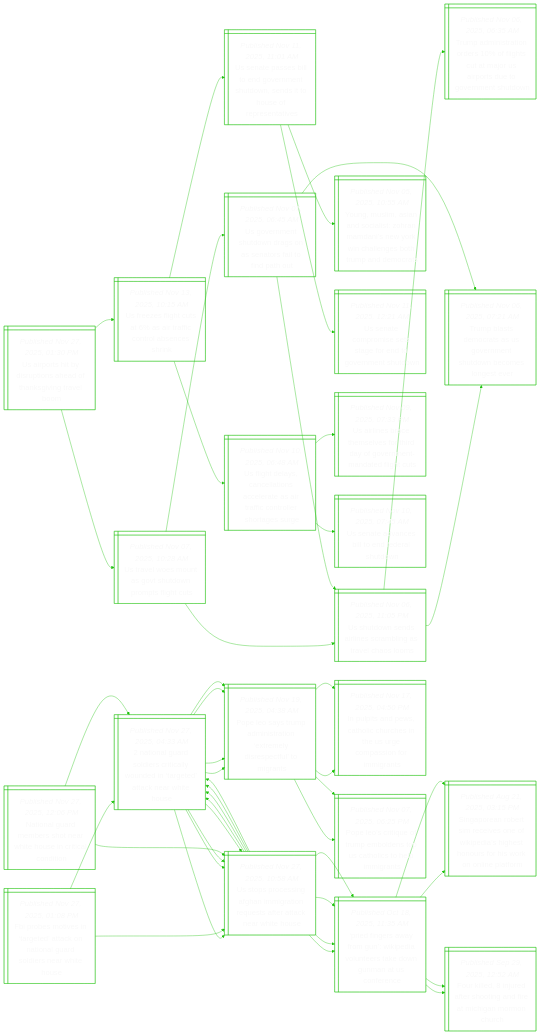
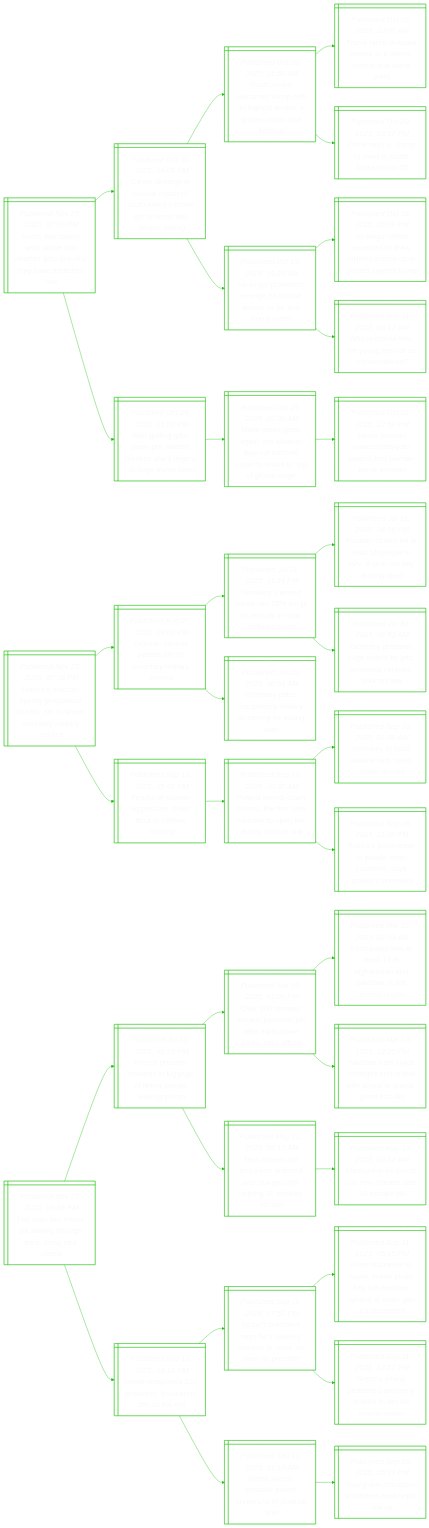
Before and after one commit to notJmes/notJmes: the diagram in README.md, drawn with Mermaid. The commit also changed other lines of this file, not shown here.

````diff
--- a/README.md
+++ b/README.md
@@ -16,142 +16,109 @@
 flowchart LR
 classDef txtsize font-size:20px;
 
-Uphdpsdaitl@{ shape: win-pane, label: "_Published Nov 27, 2025, 01:30 PM_
-Us airports hit by disruptions ahead of thanksgiving travel boom" }
-Uvenounpiu@{ shape: win-pane, label: "_Published Nov 07, 2025, 10:28 AM_
-Us travel woes mount as govt shutdown prompts flight cuts" }
-Utsanritlss@{ shape: win-pane, label: "_Published Nov 06, 2025, 11:05 PM_
-Us shutdown sends airlines scrambling as travel chaos looms" }
-TaitroguaSouomhw@{ shape: win-pane, label: "_Published Nov 06, 2025, 06:35 AM_
-Trump administration orders 10% of flights cut at major us airports due to government shutdown" }
-Tbscaomhwoot@{ shape: win-pane, label: "_Published Nov 06, 2025, 07:21 AM_
-Trump blasts democrats as us government shutdown becomes longest ever" }
-Uentdoerlnh@{ shape: win-pane, label: "_Published Nov 07, 2025, 06:45 AM_
-Us government shutdown drags on as senators fail to find path out" }
-Utsanritlss@{ shape: win-pane, label: "_Published Nov 06, 2025, 11:05 PM_
-Us shutdown sends airlines scrambling as travel chaos looms" }
-Tbscaomhwoot@{ shape: win-pane, label: "_Published Nov 06, 2025, 07:21 AM_
-Trump blasts democrats as us government shutdown becomes longest ever" }
-Uelctrfnacr@{ shape: win-pane, label: "_Published Nov 13, 2025, 10:15 AM_
-Us freezes flight cuts at 6% as air traffic control absences shrink" }
-UasieveunsHorte@{ shape: win-pane, label: "_Published Nov 11, 2025, 11:01 AM_
-Us senate passes bill to end government shutdown, sends it to house of representatives" }
-YMmnoihaiYilehpea@{ shape: win-pane, label: "_Published Nov 05, 2025, 10:55 AM_
-Young, muslim, asian and socialist: zohran mamdani’s new york win challenges both trump and democrats" }
-Uamitgegnso@{ shape: win-pane, label: "_Published Nov 11, 2025, 12:21 AM_
-Us senate compromise sets stage for end to government shutdown" }
-Uglalnetifolhgr@{ shape: win-pane, label: "_Published Nov 10, 2025, 06:48 AM_
-Us flight delays, cancellations accelerate as air traffic controller shortages surge" }
-Ulbtefiyvendhs@{ shape: win-pane, label: "_Published Nov 09, 2025, 07:33 PM_
-Us airlines brace themselves for third day of government-mandated flight cuts" }
-Uavstfat@{ shape: win-pane, label: "_Published Nov 10, 2025, 07:45 AM_
-Us senate advances bill to end federal shutdown" }
+Slkeottiopaed@{ shape: win-pane, label: "_Published Nov 27, 2025, 07:09 PM_
+Swiss lawmakers seek probe into whether gifts to trump may have breached law" }
+Crtruiphawtuslk@{ shape: win-pane, label: "_Published Oct 30, 2025, 04:05 PM_
+Clever strategy or cultural misstep? south korea’s crown gift to trump has people talking" }
+SKwmuthsrlrnc@{ shape: win-pane, label: "_Published Oct 29, 2025, 11:55 AM_
+South korea welcomes trump with its highest award, a golden crown and ketchup" }
+Tlilpaerse@{ shape: win-pane, label: "_Published Oct 26, 2025, 10:00 AM_
+Trump lands in kuala lumpur to a dance, cheers and some jeers" }
+Csipeoon@{ shape: win-pane, label: "_Published Oct 29, 2025, 03:17 PM_
+China says xi, trump to meet in south korea on oct 30" }
+NgtrrmasrTre@{ shape: win-pane, label: "_Published Oct 19, 2025, 03:25 AM_
+‘no kings’ protesters emerge en masse across us for anti-trump rallies" }
+NglxerlssneaT@{ shape: win-pane, label: "_Published Oct 18, 2025, 06:06 PM_
+‘no kings’ rallies expected to draw millions across us in protest against trump" }
+WCikoeUst@{ shape: win-pane, label: "_Published Sep 11, 2025, 06:17 AM_
+Who is charlie kirk, the young hero of us conservatives?" }
+WogsnkikeafTb@{ shape: win-pane, label: "_Published Oct 28, 2025, 01:00 PM_
+With golfing gifts, japan pm takaichi invokes abe’s legacy to forge trump bond" }
+MargMiatoitutgle@{ shape: win-pane, label: "_Published Oct 25, 2025, 02:00 AM_
+Make japan great again: pm takaichi lays out national vision to return to ‘top of global stage’" }
+STcksaarminr@{ shape: win-pane, label: "_Published Oct 21, 2025, 12:50 PM_
+Sanae takaichi makes history as japan’s first woman prime minister" }
 
-Uphdpsdaitl:::txtsize --> Uvenounpiu:::txtsize
-Uvenounpiu:::txtsize --> Utsanritlss:::txtsize
-Utsanritlss:::txtsize --> TaitroguaSouomhw:::txtsize
-Utsanritlss:::txtsize --> Tbscaomhwoot:::txtsize
-Uvenounpiu:::txtsize --> Uentdoerlnh:::txtsize
-Uentdoerlnh:::txtsize --> Utsanritlss:::txtsize
-Uentdoerlnh:::txtsize --> Tbscaomhwoot:::txtsize
-Uphdpsdaitl:::txtsize --> Uelctrfnacr:::txtsize
-Uelctrfnacr:::txtsize --> UasieveunsHorte:::txtsize
-UasieveunsHorte:::txtsize --> YMmnoihaiYilehpea:::txtsize
-UasieveunsHorte:::txtsize --> Uamitgegnso:::txtsize
-Uelctrfnacr:::txtsize --> Uglalnetifolhgr:::txtsize
-Uglalnetifolhgr:::txtsize --> Ulbtefiyvendhs:::txtsize
-Uglalnetifolhgr:::txtsize --> Uavstfat:::txtsize
+Slkeottiopaed:::txtsize --> Crtruiphawtuslk:::txtsize
+Crtruiphawtuslk:::txtsize --> SKwmuthsrlrnc:::txtsize
+SKwmuthsrlrnc:::txtsize --> Tlilpaerse:::txtsize
+SKwmuthsrlrnc:::txtsize --> Csipeoon:::txtsize
+Crtruiphawtuslk:::txtsize --> NgtrrmasrTre:::txtsize
+NgtrrmasrTre:::txtsize --> NglxerlssneaT:::txtsize
+NgtrrmasrTre:::txtsize --> WCikoeUst:::txtsize
+Slkeottiopaed:::txtsize --> WogsnkikeafTb:::txtsize
+WogsnkikeafTb:::txtsize --> MargMiatoitutgle:::txtsize
+MargMiatoitutgle:::txtsize --> STcksaarminr:::txtsize
 
-Foosrdcaardnho@{ shape: win-pane, label: "_Published Nov 27, 2025, 01:08 PM_
-Fbi probes motives in ‘targeted’ attack on national guard soldiers near white house" }
-Nnalsiydttteiu@{ shape: win-pane, label: "_Published Nov 27, 2025, 04:33 AM_
-2 national guard soldiers critically wounded in ‘targeted’ attack near white house" }
-Upcnhmteteaats@{ shape: win-pane, label: "_Published Nov 27, 2025, 10:58 AM_
-Us stops processing afghan immigration requests after attack near white house" }
-Nnalsiydttteiu@{ shape: win-pane, label: "_Published Nov 27, 2025, 04:33 AM_
-2 national guard soldiers critically wounded in ‘targeted’ attack near white house" }
-Pfrygkiuregncr@{ shape: win-pane, label: "_Published Oct 18, 2025, 11:35 AM_
-‘pried fingers away from gun’: wikipedia volunteers take down gunman at us conference" }
-Pespnaemipuit@{ shape: win-pane, label: "_Published Nov 19, 2025, 04:38 AM_
-Pope leo says trump administration ‘extremely disrespectful’ to migrants" }
-Ipnsohehrmirgs@{ shape: win-pane, label: "_Published Nov 17, 2025, 04:50 PM_
-In pulpits and pews, catholic churches in the us urge compassion for immigrants" }
-PeieubnUhslit@{ shape: win-pane, label: "_Published Nov 07, 2025, 06:25 PM_
-Pope leo’s critique of trump emboldens top us catholics to help immigrants" }
-Upcnhmteteaats@{ shape: win-pane, label: "_Published Nov 27, 2025, 10:58 AM_
-Us stops processing afghan immigration requests after attack near white house" }
-Nnalsiydttteiu@{ shape: win-pane, label: "_Published Nov 27, 2025, 04:33 AM_
-2 national guard soldiers critically wounded in ‘targeted’ attack near white house" }
-Upcnhmteteaats@{ shape: win-pane, label: "_Published Nov 27, 2025, 10:58 AM_
-Us stops processing afghan immigration requests after attack near white house" }
-Pespnaemipuit@{ shape: win-pane, label: "_Published Nov 19, 2025, 04:38 AM_
-Pope leo says trump administration ‘extremely disrespectful’ to migrants" }
-Pfrygkiuregncr@{ shape: win-pane, label: "_Published Oct 18, 2025, 11:35 AM_
-‘pried fingers away from gun’: wikipedia volunteers take down gunman at us conference" }
-Spnrrvekighrhrnpo@{ shape: win-pane, label: "_Published Aug 21, 2025, 03:15 PM_
-Singaporean robert sim receives one of wikipedia’s highest honours for his work on online platform" }
-Fiieeoariamu@{ shape: win-pane, label: "_Published Sep 29, 2025, 12:52 AM_
-Four killed, 8 injured after shooting and fire at michigan mormon church" }
+Fereeilatvoalyi@{ shape: win-pane, label: "_Published Nov 27, 2025, 07:08 PM_
+France’s macron, eyeing geopolitical threats, set to unveil voluntary military service" }
+Gnnsirnmar@{ shape: win-pane, label: "_Published Aug 27, 2025, 08:03 PM_
+German cabinet passes bill for voluntary military service" }
+Gnmregetafb@{ shape: win-pane, label: "_Published Jul 31, 2025, 11:34 PM_
+Germany’s armed forces see 28% surge in recruits in nato defence boost" }
+Raiilpeirond@{ shape: win-pane, label: "_Published Jul 31, 2025, 08:39 PM_
+Russian strikes kill at least 16 people in kyiv; 6-year-old boy among dead" }
+Gnphrftovlus@{ shape: win-pane, label: "_Published Jul 30, 2025, 06:53 AM_
+Germany prepares huge orders for jets, armoured vehicles, sources say" }
+Gnnprisnon@{ shape: win-pane, label: "_Published Jul 25, 2025, 06:54 AM_
+Germany plans compulsory military screening for young men" }
+Fuunensklyn@{ shape: win-pane, label: "_Published Sep 13, 2025, 05:45 PM_
+Fearful of russian aggression, poles flock to military training" }
+PdtnefNetndgir@{ shape: win-pane, label: "_Published Sep 10, 2025, 10:37 AM_
+Poland shoots down drones, the first nato member to open fire during ukraine war" }
+Gnarwerr@{ shape: win-pane, label: "_Published Sep 10, 2025, 01:08 AM_
+Germany to back ukraine with ‘deep-strike’ drones" }
+Raidnocralpd@{ shape: win-pane, label: "_Published Sep 09, 2025, 11:36 PM_
+Russia’s putin ready to invade other countries, says poland’s president" }
 
-Foosrdcaardnho:::txtsize --> Nnalsiydttteiu:::txtsize
-Nnalsiydttteiu:::txtsize --> Upcnhmteteaats:::txtsize
-Upcnhmteteaats:::txtsize --> Nnalsiydttteiu:::txtsize
-Upcnhmteteaats:::txtsize --> Pfrygkiuregncr:::txtsize
-Nnalsiydttteiu:::txtsize --> Pespnaemipuit:::txtsize
-Pespnaemipuit:::txtsize --> Ipnsohehrmirgs:::txtsize
-Pespnaemipuit:::txtsize --> PeieubnUhslit:::txtsize
-Foosrdcaardnho:::txtsize --> Upcnhmteteaats:::txtsize
-Upcnhmteteaats:::txtsize --> Nnalsiydttteiu:::txtsize
-Nnalsiydttteiu:::txtsize --> Upcnhmteteaats:::txtsize
-Nnalsiydttteiu:::txtsize --> Pespnaemipuit:::txtsize
-Upcnhmteteaats:::txtsize --> Pfrygkiuregncr:::txtsize
-Pfrygkiuregncr:::txtsize --> Spnrrvekighrhrnpo:::txtsize
-Pfrygkiuregncr:::txtsize --> Fiieeoariamu:::txtsize
+Fereeilatvoalyi:::txtsize --> Gnnsirnmar:::txtsize
+Gnnsirnmar:::txtsize --> Gnmregetafb:::txtsize
+Gnmregetafb:::txtsize --> Raiilpeirond:::txtsize
+Gnmregetafb:::txtsize --> Gnphrftovlus:::txtsize
+Gnnsirnmar:::txtsize --> Gnnprisnon:::txtsize
+Fereeilatvoalyi:::txtsize --> Fuunensklyn:::txtsize
+Fuunensklyn:::txtsize --> PdtnefNetndgir:::txtsize
+PdtnefNetndgir:::txtsize --> Gnarwerr:::txtsize
+PdtnefNetndgir:::txtsize --> Raidnocralpd:::txtsize
 
-Nnamseiuccno@{ shape: win-pane, label: "_Published Nov 27, 2025, 12:06 PM_
-National guard members shot near white house in critical condition" }
-Nnalsiydttteiu@{ shape: win-pane, label: "_Published Nov 27, 2025, 04:33 AM_
-2 national guard soldiers critically wounded in ‘targeted’ attack near white house" }
-Upcnhmteteaats@{ shape: win-pane, label: "_Published Nov 27, 2025, 10:58 AM_
-Us stops processing afghan immigration requests after attack near white house" }
-Nnalsiydttteiu@{ shape: win-pane, label: "_Published Nov 27, 2025, 04:33 AM_
-2 national guard soldiers critically wounded in ‘targeted’ attack near white house" }
-Pfrygkiuregncr@{ shape: win-pane, label: "_Published Oct 18, 2025, 11:35 AM_
-‘pried fingers away from gun’: wikipedia volunteers take down gunman at us conference" }
-Pespnaemipuit@{ shape: win-pane, label: "_Published Nov 19, 2025, 04:38 AM_
-Pope leo says trump administration ‘extremely disrespectful’ to migrants" }
-Ipnsohehrmirgs@{ shape: win-pane, label: "_Published Nov 17, 2025, 04:50 PM_
-In pulpits and pews, catholic churches in the us urge compassion for immigrants" }
-PeieubnUhslit@{ shape: win-pane, label: "_Published Nov 07, 2025, 06:25 PM_
-Pope leo’s critique of trump emboldens top us catholics to help immigrants" }
-Upcnhmteteaats@{ shape: win-pane, label: "_Published Nov 27, 2025, 10:58 AM_
-Us stops processing afghan immigration requests after attack near white house" }
-Nnalsiydttteiu@{ shape: win-pane, label: "_Published Nov 27, 2025, 04:33 AM_
-2 national guard soldiers critically wounded in ‘targeted’ attack near white house" }
-Upcnhmteteaats@{ shape: win-pane, label: "_Published Nov 27, 2025, 10:58 AM_
-Us stops processing afghan immigration requests after attack near white house" }
-Pespnaemipuit@{ shape: win-pane, label: "_Published Nov 19, 2025, 04:38 AM_
-Pope leo says trump administration ‘extremely disrespectful’ to migrants" }
-Pfrygkiuregncr@{ shape: win-pane, label: "_Published Oct 18, 2025, 11:35 AM_
-‘pried fingers away from gun’: wikipedia volunteers take down gunman at us conference" }
-Spnrrvekighrhrnpo@{ shape: win-pane, label: "_Published Aug 21, 2025, 03:15 PM_
-Singaporean robert sim receives one of wikipedia’s highest honours for his work on online platform" }
-Fiieeoariamu@{ shape: win-pane, label: "_Published Sep 29, 2025, 12:52 AM_
-Four killed, 8 injured after shooting and fire at michigan mormon church" }
+TnFhsgurnss@{ shape: win-pane, label: "_Published Nov 27, 2025, 06:58 PM_
+Two men flee french jail sawing through bars, using bed sheets" }
+Fhossgolmego@{ shape: win-pane, label: "_Published Jul 13, 2025, 08:29 PM_
+French prisoner escapes in luggage of fellow inmate leaving prison" }
+Onspiiaeqpsfa@{ shape: win-pane, label: "_Published Jun 03, 2025, 01:00 PM_
+Over 200 inmates escape pakistani jail after earthquake panic, says official" }
+Eqkasfiaknlog@{ shape: win-pane, label: "_Published Mar 22, 2023, 02:03 AM_
+Earthquake kills at least 13 in afghanistan and pakistan, is felt across region" }
+Ptajoeolaaugfa@{ shape: win-pane, label: "_Published Mar 13, 2025, 12:25 PM_
+Pakistan train hijack hostages end ordeal with arrival in quetta, given first-aid" }
+Nljmeeaawegtc@{ shape: win-pane, label: "_Published May 21, 2025, 09:15 AM_
+New orleans jail employee arrested and charged with helping 10 inmates escape" }
+MnSibrsrpl@{ shape: win-pane, label: "_Published May 17, 2025, 09:12 AM_
+Manhunt in us tourist hub new orleans after 10 escape jail" }
+Nrtpnhnitn@{ shape: win-pane, label: "_Published Sep 11, 2025, 08:16 PM_
+Nepal recaptures 200 prisoners, thousands still on the run" }
+Nsisekooranse@{ shape: win-pane, label: "_Published Sep 11, 2025, 07:52 PM_
+Nepal’s president says he’s seeking solution to crisis ‘as soon as possible’" }
+FnsNapehcyoaZcn@{ shape: win-pane, label: "_Published Sep 11, 2025, 05:15 PM_
+From indonesia to nepal, anime pirate flag has become symbol of asian gen z’s discontent" }
+Nsgesrttitlr@{ shape: win-pane, label: "_Published Sep 11, 2025, 12:22 PM_
+Nepal’s young protesters and army in talks to decide interim leader" }
+Nutiorslil@{ shape: win-pane, label: "_Published Sep 11, 2025, 11:10 AM_
+Nepal unrest: possible power brokers to fill political void" }
+YaotrtupO@{ shape: win-pane, label: "_Published Sep 09, 2025, 05:13 PM_
+Young anti-corruption protesters oust nepal pm oli" }
 
-Nnamseiuccno:::txtsize --> Nnalsiydttteiu:::txtsize
-Nnalsiydttteiu:::txtsize --> Upcnhmteteaats:::txtsize
-Upcnhmteteaats:::txtsize --> Nnalsiydttteiu:::txtsize
-Upcnhmteteaats:::txtsize --> Pfrygkiuregncr:::txtsize
-Nnalsiydttteiu:::txtsize --> Pespnaemipuit:::txtsize
-Pespnaemipuit:::txtsize --> Ipnsohehrmirgs:::txtsize
-Pespnaemipuit:::txtsize --> PeieubnUhslit:::txtsize
-Nnamseiuccno:::txtsize --> Upcnhmteteaats:::txtsize
-Upcnhmteteaats:::txtsize --> Nnalsiydttteiu:::txtsize
-Nnalsiydttteiu:::txtsize --> Upcnhmteteaats:::txtsize
-Nnalsiydttteiu:::txtsize --> Pespnaemipuit:::txtsize
-Upcnhmteteaats:::txtsize --> Pfrygkiuregncr:::txtsize
-Pfrygkiuregncr:::txtsize --> Spnrrvekighrhrnpo:::txtsize
-Pfrygkiuregncr:::txtsize --> Fiieeoariamu:::txtsize
+TnFhsgurnss:::txtsize --> Fhossgolmego:::txtsize
+Fhossgolmego:::txtsize --> Onspiiaeqpsfa:::txtsize
+Onspiiaeqpsfa:::txtsize --> Eqkasfiaknlog:::txtsize
+Onspiiaeqpsfa:::txtsize --> Ptajoeolaaugfa:::txtsize
+Fhossgolmego:::txtsize --> Nljmeeaawegtc:::txtsize
+Nljmeeaawegtc:::txtsize --> MnSibrsrpl:::txtsize
+TnFhsgurnss:::txtsize --> Nrtpnhnitn:::txtsize
+Nrtpnhnitn:::txtsize --> Nsisekooranse:::txtsize
+Nsisekooranse:::txtsize --> FnsNapehcyoaZcn:::txtsize
+Nsisekooranse:::txtsize --> Nsgesrttitlr:::txtsize
+Nrtpnhnitn:::txtsize --> Nutiorslil:::txtsize
+Nutiorslil:::txtsize --> YaotrtupO:::txtsize
 
 ```
````
